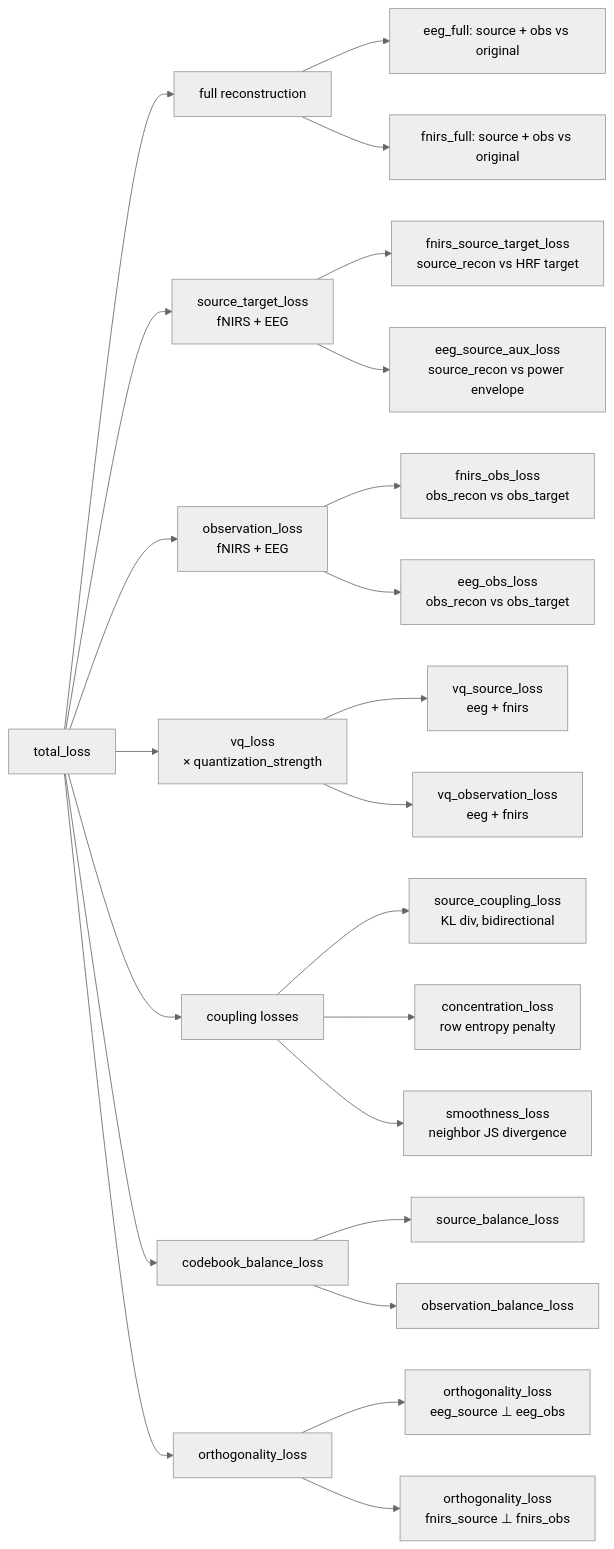
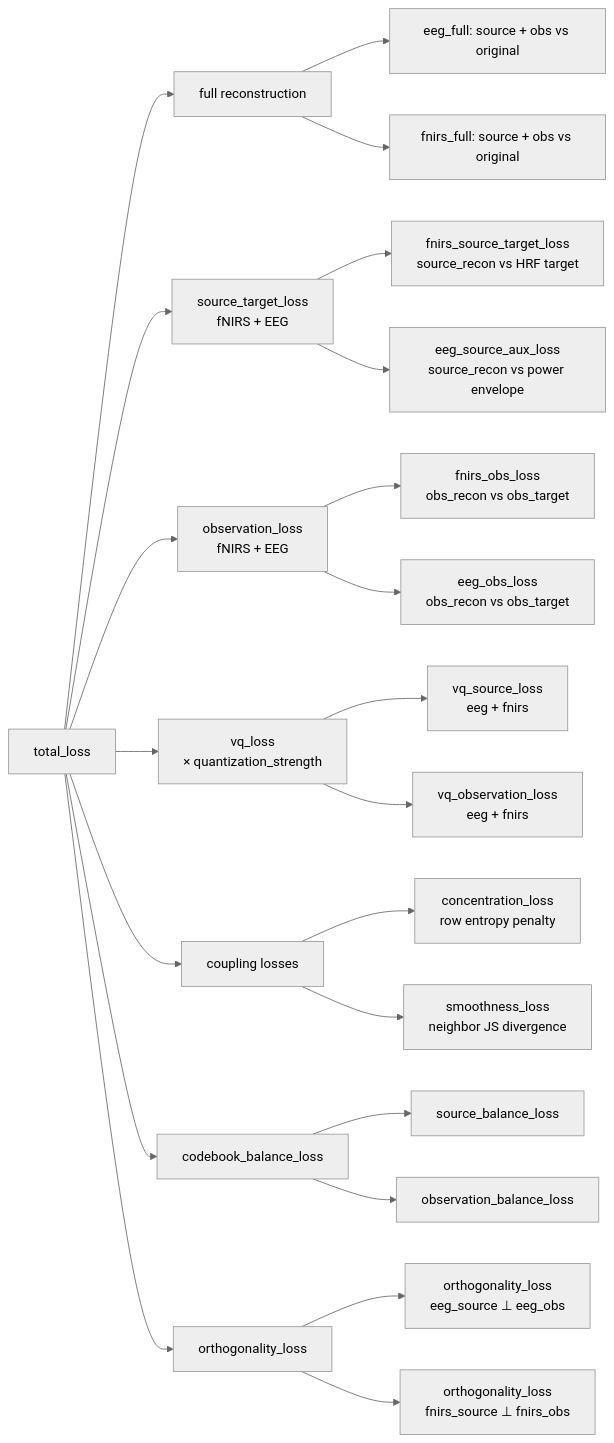
Before and after one commit to Kevin65536/PID-MCM: the third of 3 diagrams in docs/ARCHITECTURE.md, drawn with Mermaid (neutral theme). The commit also changed other lines of this file and 1 other file, not shown here.

Commit message:
remove KL divergence defined coupling loss

````diff
--- a/docs/ARCHITECTURE.md
+++ b/docs/ARCHITECTURE.md
@@ -166,32 +166,31 @@
 ```mermaid
 graph LR
     TOTAL[total_loss] --> REC[full reconstruction]
     TOTAL --> ST[source_target_loss<br/>fNIRS + EEG]
     TOTAL --> OT[observation_loss<br/>fNIRS + EEG]
     TOTAL --> VQ[vq_loss<br/>× quantization_strength]
     TOTAL --> COUP[coupling losses]
     TOTAL --> BAL[codebook_balance_loss]
     TOTAL --> ORTHO[orthogonality_loss]
 
     REC --> E_REC[eeg_full: source + obs vs original]
     REC --> F_REC[fnirs_full: source + obs vs original]
 
     ST --> ST_F[fnirs_source_target_loss<br/>source_recon vs HRF target]
     ST --> ST_E[eeg_source_aux_loss<br/>source_recon vs power envelope]
 
     OT --> OT_F[fnirs_obs_loss<br/>obs_recon vs obs_target]
     OT --> OT_E[eeg_obs_loss<br/>obs_recon vs obs_target]
 
     VQ --> VQ_S[vq_source_loss<br/>eeg + fnirs]
     VQ --> VQ_O[vq_observation_loss<br/>eeg + fnirs]
 
-    COUP --> COUP_KL[source_coupling_loss<br/>KL div, bidirectional]
     COUP --> COUP_CONC[concentration_loss<br/>row entropy penalty]
     COUP --> COUP_SMTH[smoothness_loss<br/>neighbor JS divergence]
 
     BAL --> BAL_S[source_balance_loss]
     BAL --> BAL_O[observation_balance_loss]
 
     ORTHO --> O_E[orthogonality_loss<br/>eeg_source ⊥ eeg_obs]
     ORTHO --> O_F[orthogonality_loss<br/>fnirs_source ⊥ fnirs_obs]
 ```
````
